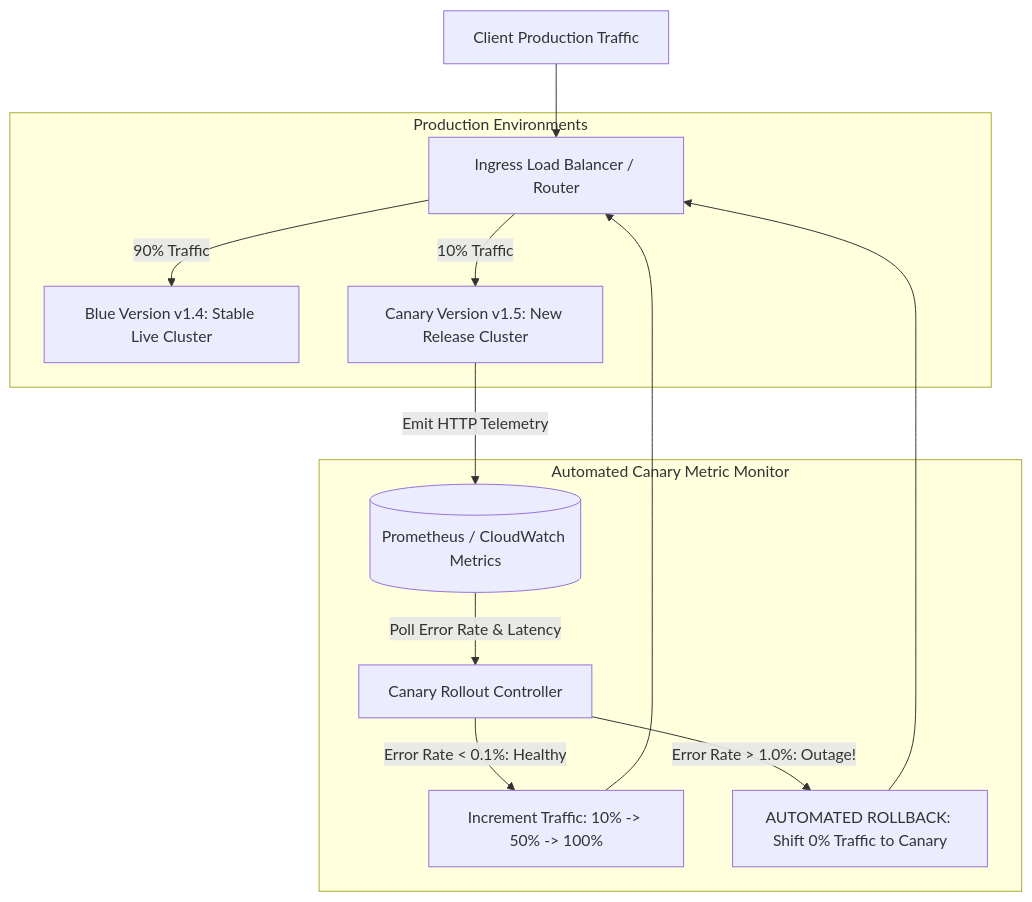
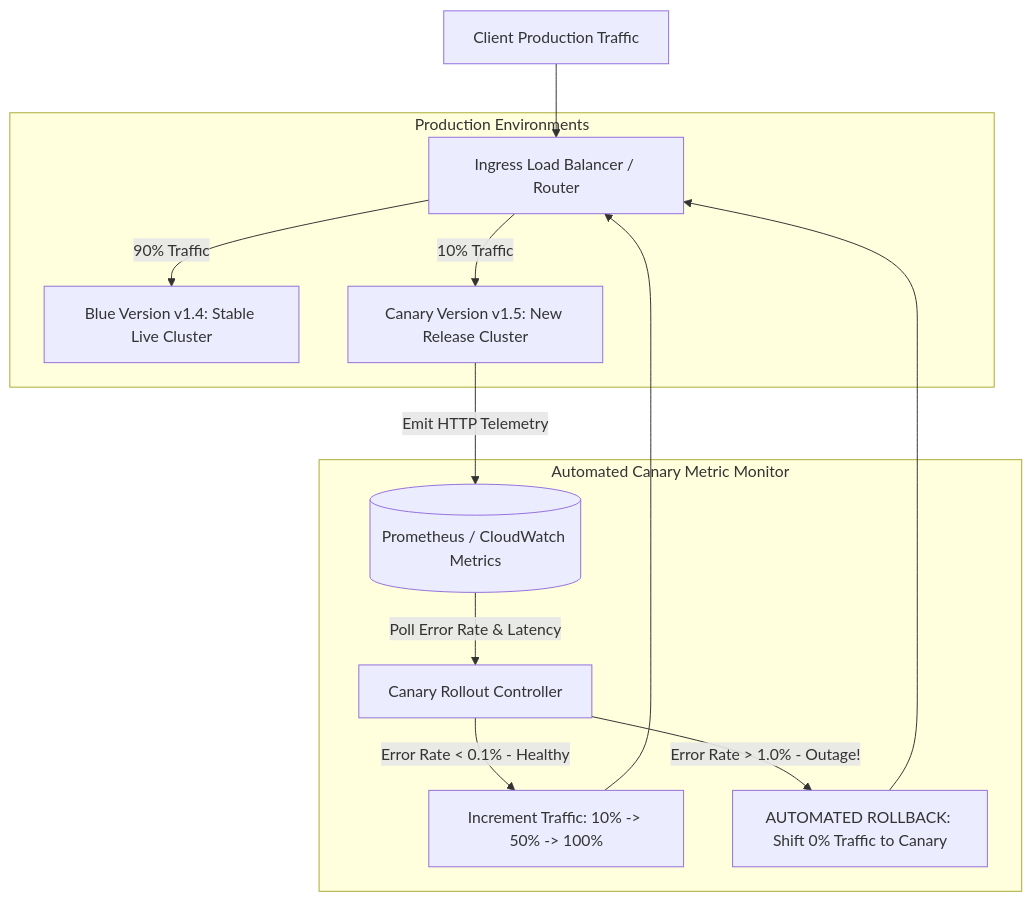
Before and after one commit to akmalkhaniub/akmalkhaniub.github.io: the diagram in blog/posts/immutable-infrastructure-deployment-blue-green-canary-rollouts.md, drawn with Mermaid. The commit also changed 411 other files, not shown here.

````diff
--- a/blog/posts/immutable-infrastructure-deployment-blue-green-canary-rollouts.md
+++ b/blog/posts/immutable-infrastructure-deployment-blue-green-canary-rollouts.md
@@ -17,20 +17,20 @@
 ```mermaid
-graph TD
+flowchart TD
   User[Client Production Traffic] --> Router[Ingress Load Balancer / Router]
   
   subgraph SG1_ProductionEnvironments ["Production Environments"]
     Router -->|90% Traffic| Blue[Blue Version v1.4: Stable Live Cluster]
     Router -->|10% Traffic| Canary[Canary Version v1.5: New Release Cluster]
   end
   
   subgraph SG2_AutomatedCanaryMetric ["Automated Canary Metric Monitor"]
     Canary -->|Emit HTTP Telemetry| Prometheus[(Prometheus / CloudWatch Metrics)]
     Prometheus -->|Poll Error Rate & Latency| Controller[Canary Rollout Controller]
     
-    Controller -->|Error Rate < 0.1%: Healthy| StepUp[Increment Traffic: 10% -> 50% -> 100%]
-    Controller -->|Error Rate > 1.0%: Outage!| Rollback[AUTOMATED ROLLBACK: Shift 0% Traffic to Canary]
+    Controller -->|Error Rate < 0.1% - Healthy| StepUp[Increment Traffic: 10% -> 50% -> 100%]
+    Controller -->|Error Rate > 1.0% - Outage!| Rollback[AUTOMATED ROLLBACK: Shift 0% Traffic to Canary]
   end
   
   StepUp --> Router
   Rollback --> Router
 ```
````
